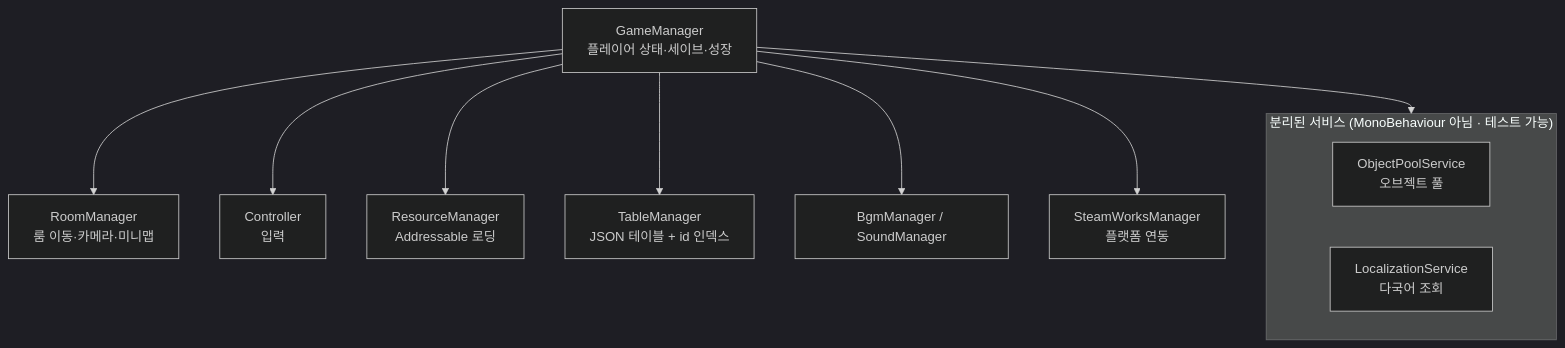
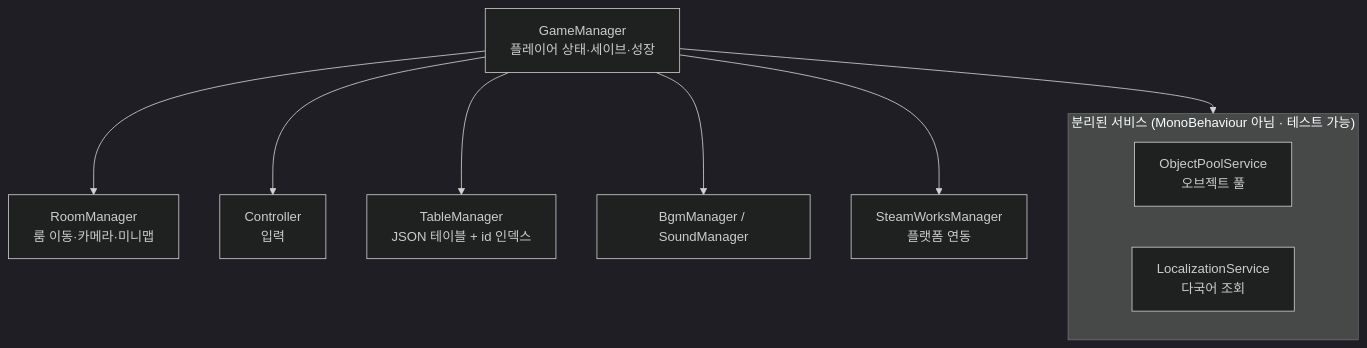
Before and after one commit to wjfeowjr/UpgradeAction-Portfolio: the second of 2 diagrams in README.md, drawn with Mermaid (dark theme). The commit also changed other lines of this file and 1 other file, not shown here.

````diff
--- a/README.md
+++ b/README.md
@@ -291,23 +295,21 @@
 ```mermaid
 flowchart TD
     GM[GameManager<br/>플레이어 상태·세이브·성장]
     RM[RoomManager<br/>룸 이동·카메라·미니맵]
     CT[Controller<br/>입력]
-    RES[ResourceManager<br/>Addressable 로딩]
     TM[TableManager<br/>JSON 테이블 + id 인덱스]
     AUD[BgmManager / SoundManager]
     STM[SteamWorksManager<br/>플랫폼 연동]
 
     subgraph SVC["분리된 서비스 (MonoBehaviour 아님 · 테스트 가능)"]
         POOL[ObjectPoolService<br/>오브젝트 풀]
         LOC[LocalizationService<br/>다국어 조회]
     end
 
     GM --> RM
     GM --> CT
-    GM --> RES
     GM --> TM
     GM --> AUD
     GM --> STM
     GM --> SVC
 ```
````
